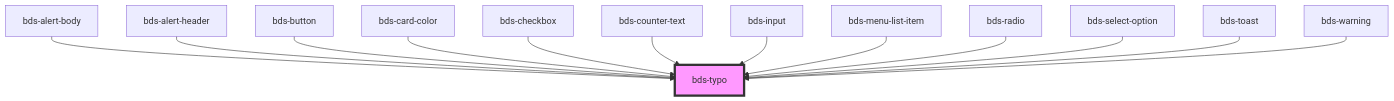
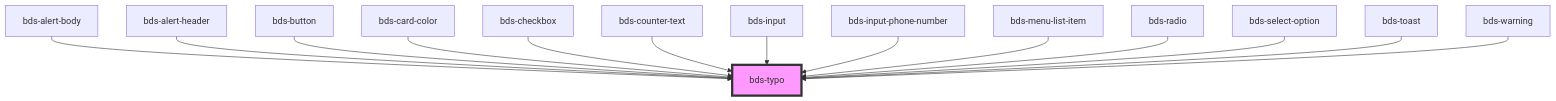
Before and after one commit to takenet/blip-ds: the diagram in src/components/typo/readme.md, drawn with Mermaid. The commit also changed other lines of this file and 13 other files, not shown here.

First line of the commit message:
feat(component): add first scope of input phone number

````diff
--- a/src/components/typo/readme.md
+++ b/src/components/typo/readme.md
@@ -39,16 +40,17 @@
 ```mermaid
 graph TD;
   bds-alert-body --> bds-typo
   bds-alert-header --> bds-typo
   bds-button --> bds-typo
   bds-card-color --> bds-typo
   bds-checkbox --> bds-typo
   bds-counter-text --> bds-typo
   bds-input --> bds-typo
+  bds-input-phone-number --> bds-typo
   bds-menu-list-item --> bds-typo
   bds-radio --> bds-typo
   bds-select-option --> bds-typo
   bds-toast --> bds-typo
   bds-warning --> bds-typo
   style bds-typo fill:#f9f,stroke:#333,stroke-width:4px
 ```
````
